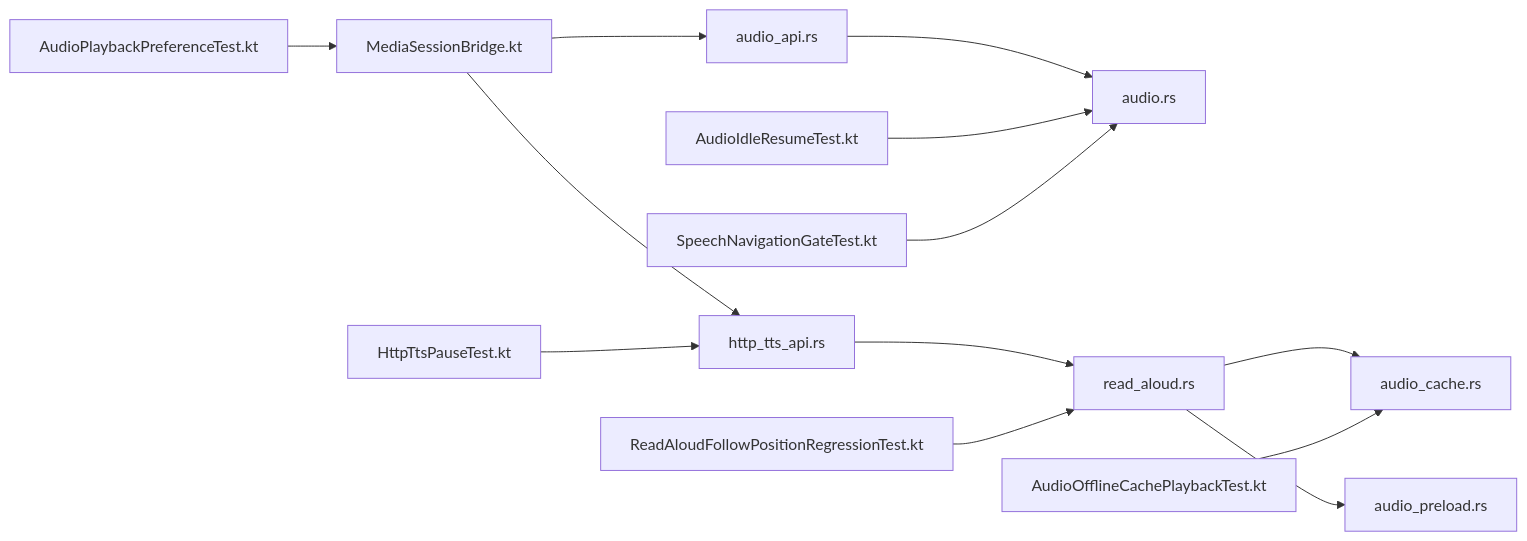
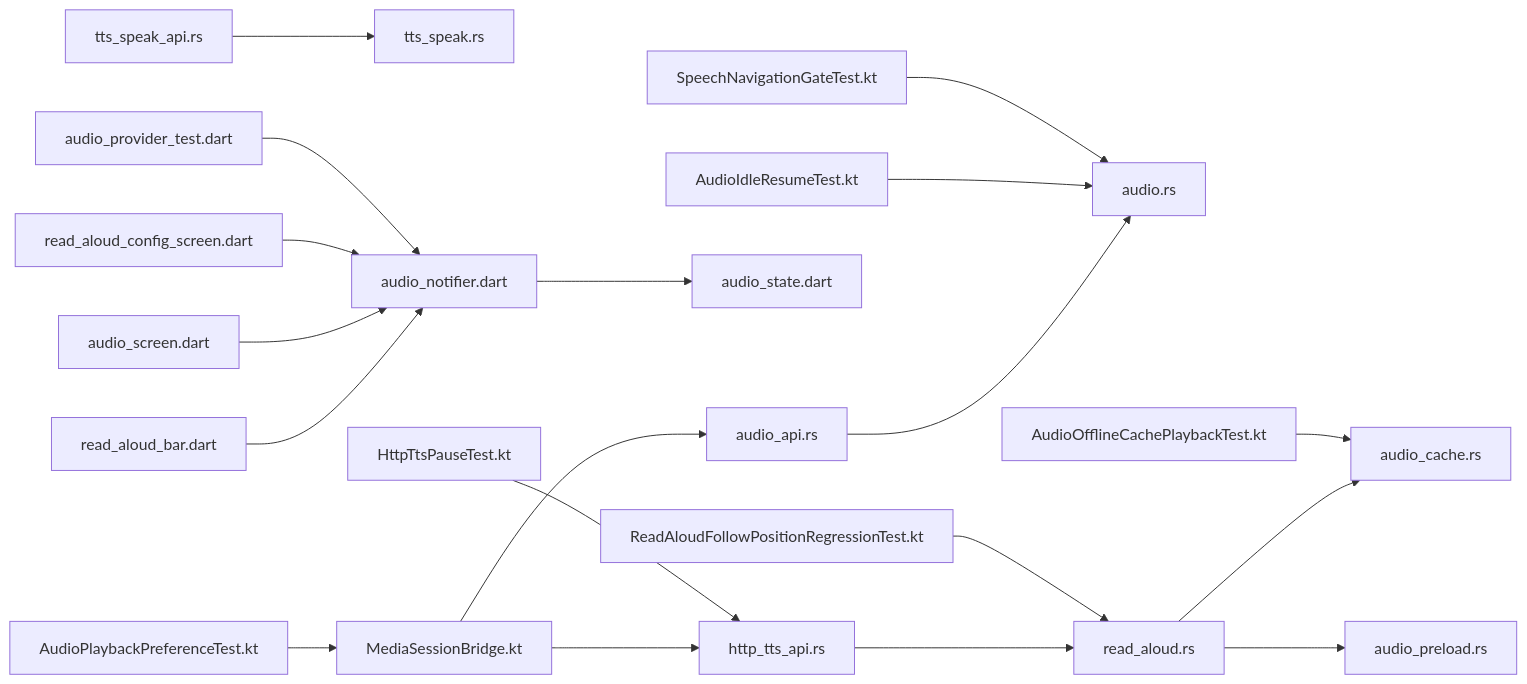
The seventh of 7 diagrams in .qoder/repowiki/zh/content/音频功能/音频功能.md (ZhangGHGitHub/LegadoTeamFlutter), drawn with Mermaid before and after one commit. The commit also changed other lines of this file and 173 other files, not shown here.

````diff
--- a/.qoder/repowiki/zh/content/音频功能/音频功能.md
+++ b/.qoder/repowiki/zh/content/音频功能/音频功能.md
@@ -268,15 +422,21 @@
 ```mermaid
 graph LR
 FFI_API["audio_api.rs"] --> CORE_AUDIO["audio.rs"]
 HTTP_TTS["http_tts_api.rs"] --> READ_ALOUD["read_aloud.rs"]
+TTS_API["tts_speak_api.rs"] --> TTS_CORE["tts_speak.rs"]
 READ_ALOUD --> CACHE["audio_cache.rs"]
 READ_ALOUD --> PRELOAD["audio_preload.rs"]
 SESSION["MediaSessionBridge.kt"] --> FFI_API
 SESSION --> HTTP_TTS
+BAR["read_aloud_bar.dart"] --> NOTIFIER["audio_notifier.dart"]
+SCREEN["audio_screen.dart"] --> NOTIFIER
+CONFIG["read_aloud_config_screen.dart"] --> NOTIFIER
+TEST["audio_provider_test.dart"] --> NOTIFIER
+NOTIFIER --> STATE["audio_state.dart"]
 TEST_P["AudioPlaybackPreferenceTest.kt"] --> SESSION
 TEST_H["HttpTtsPauseTest.kt"] --> HTTP_TTS
 TEST_I["AudioIdleResumeTest.kt"] --> CORE_AUDIO
 TEST_J["AudioOfflineCachePlaybackTest.kt"] --> CACHE
 TEST_K["ReadAloudFollowPositionRegressionTest.kt"] --> READ_ALOUD
 TEST_L["SpeechNavigationGateTest.kt"] --> CORE_AUDIO
 ```
````
